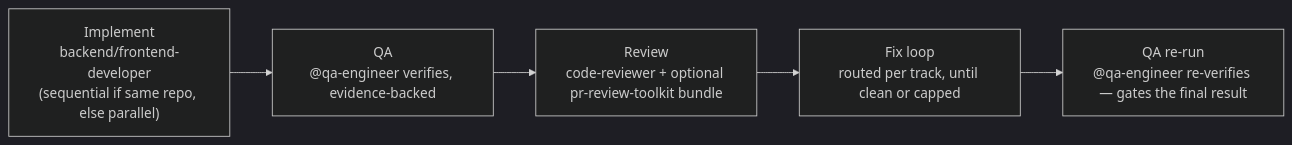
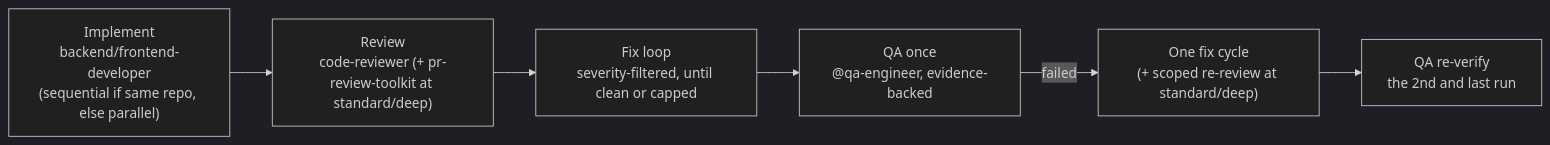
The second of 3 diagrams in README.md (addit-digital/addit-harness), drawn with Mermaid (dark theme) before and after one commit. The commit also changed other lines of this file and 43 other files, not shown here.

First line of the commit message:
feat(dev-flow): tiered workflows with a hook-enforced plan gate and a mock test harness

````diff
--- a/README.md
+++ b/README.md
@@ -237,7 +281,7 @@
 ```mermaid
 flowchart LR
-    IM["Implement\nbackend/frontend-developer\n(sequential if same repo, else parallel)"] --> QA1["QA\n@qa-engineer verifies, evidence-backed"]
-    QA1 --> RV["Review\ncode-reviewer + optional pr-review-toolkit bundle"]
-    RV --> FX["Fix loop\nrouted per track, until clean or capped"]
-    FX --> QA2["QA re-run\n@qa-engineer re-verifies — gates the final result"]
+    IM["Implement\nbackend/frontend-developer\n(sequential if same repo, else parallel)"] --> RV["Review\ncode-reviewer (+ pr-review-toolkit at standard/deep)"]
+    RV --> FX["Fix loop\nseverity-filtered, until clean or capped"]
+    FX --> QA["QA once\n@qa-engineer, evidence-backed"]
+    QA -- "failed" --> QF["One fix cycle\n(+ scoped re-review at standard/deep)"] --> QR["QA re-verify\nthe 2nd and last run"]
 ```
````
